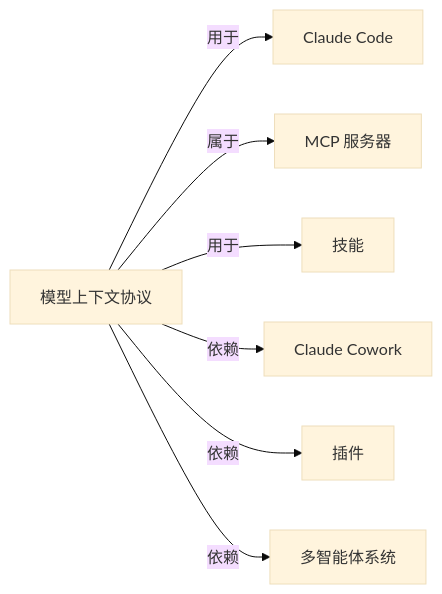
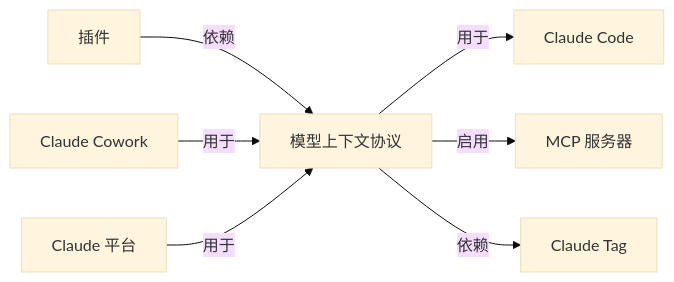
The diagram in wiki/模型上下文协议.md (yibie/claude-best-practices-zh), drawn with Mermaid (base theme) before and after one commit. The commit also changed other lines of this file and 407 other files, not shown here.

Commit message:
feat: DeepSeek 三遍审校（译文/关系/图谱）+ 可部署静态站点

````diff
--- a/wiki/模型上下文协议.md
+++ b/wiki/模型上下文协议.md
@@ -45,10 +48,10 @@
 ```mermaid
 graph LR
   C["模型上下文协议"]
   C -->|用于| N0["Claude Code"]
-  C -->|属于| N1["MCP 服务器"]
-  C -->|用于| N2["技能"]
-  C -->|依赖| N3["Claude Cowork"]
-  C -->|依赖| N4["插件"]
-  C -->|依赖| N5["多智能体系统"]
+  C -->|启用| N1["MCP 服务器"]
+  N2["插件"] -->|依赖| C
+  N3["Claude Cowork"] -->|用于| C
+  C -->|依赖| N4["Claude Tag"]
+  N5["Claude 平台"] -->|用于| C
 ```
````
